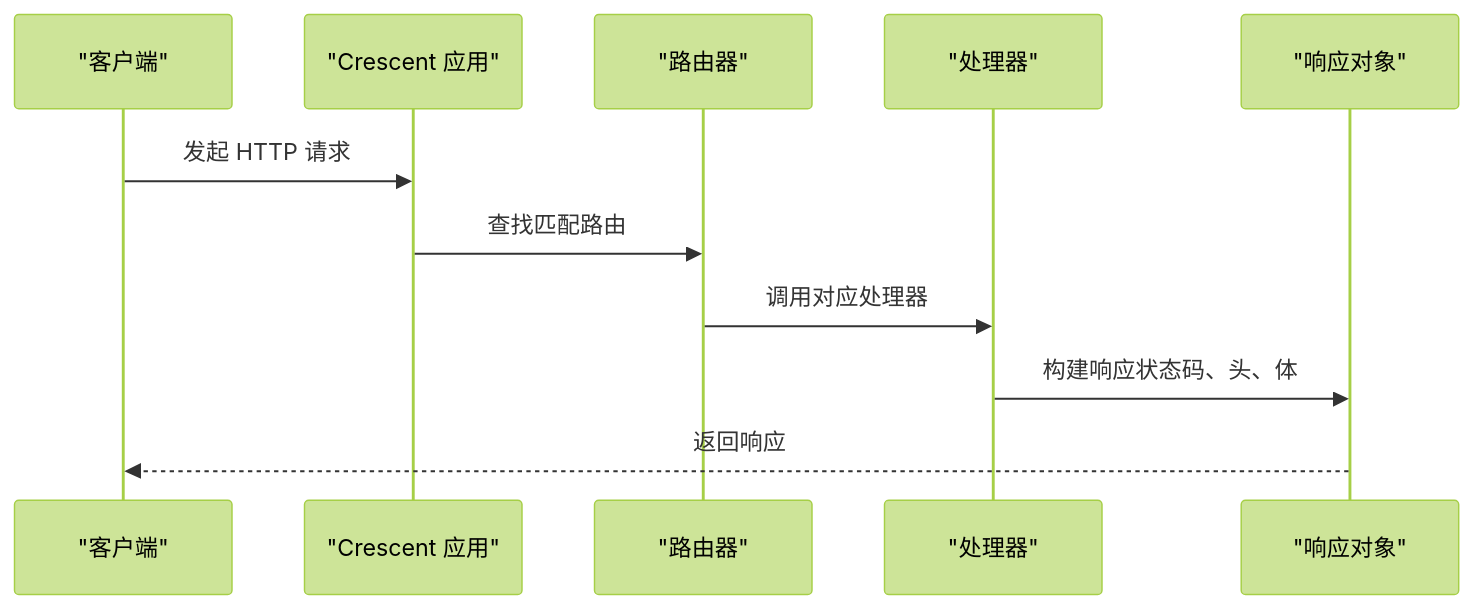
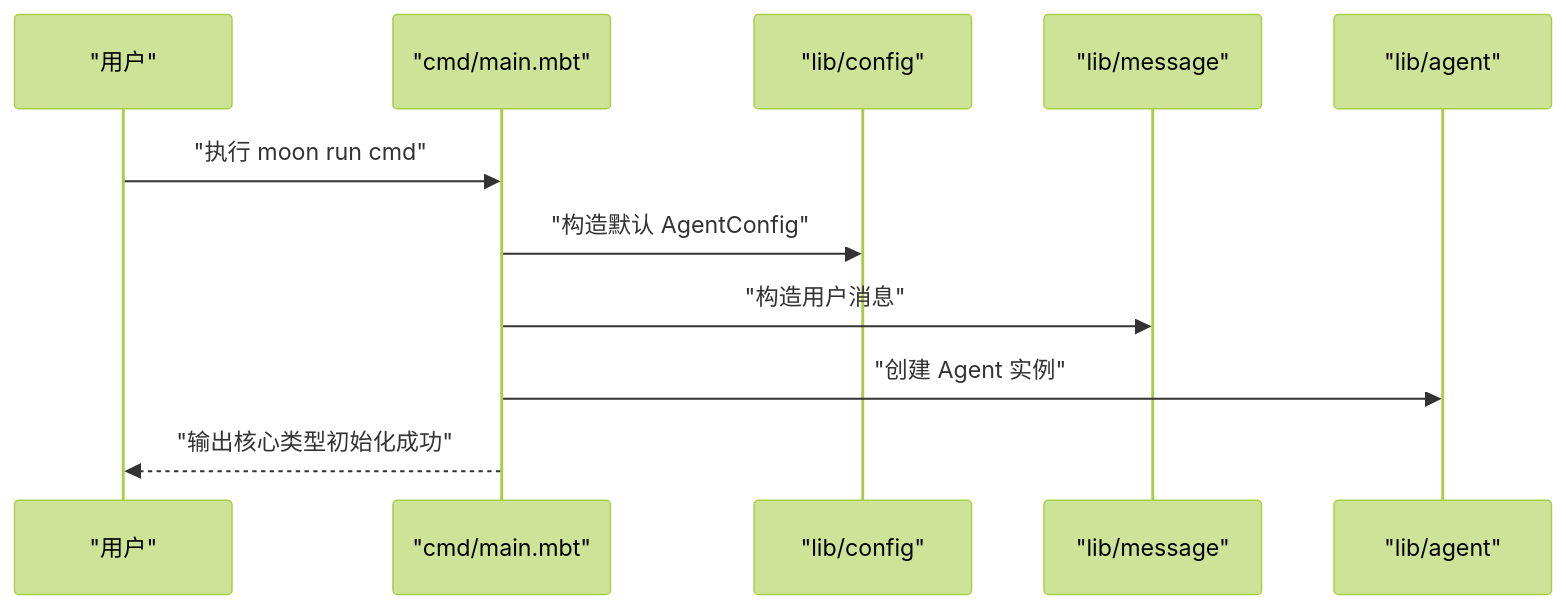
The third of 4 diagrams in .qoder/repowiki/zh/content/项目概述.md (hnlyxiaobing/MBOpenClacky), drawn with Mermaid (forest theme) before and after one commit. The commit also changed other lines of this file and 61 other files, not shown here.

````diff
--- a/.qoder/repowiki/zh/content/项目概述.md
+++ b/.qoder/repowiki/zh/content/项目概述.md
@@ -269,13 +128,13 @@
 ```mermaid
 sequenceDiagram
-participant Client as "客户端"
-participant App as "Crescent 应用"
-participant Router as "路由器"
-participant Handler as "处理器"
-participant Resp as "响应对象"
-Client->>App : 发起 HTTP 请求
-App->>Router : 查找匹配路由
-Router->>Handler : 调用对应处理器
-Handler->>Resp : 构建响应状态码、头、体
-Resp-->>Client : 返回响应
+participant U as "用户"
+participant M as "cmd/main.mbt"
+participant CFG as "lib/config"
+participant MSG as "lib/message"
+participant AG as "lib/agent"
+U->>M : "执行 moon run cmd"
+M->>CFG : "构造默认 AgentConfig"
+M->>MSG : "构造用户消息"
+M->>AG : "创建 Agent 实例"
+M-->>U : "输出核心类型初始化成功"
 ```
````
